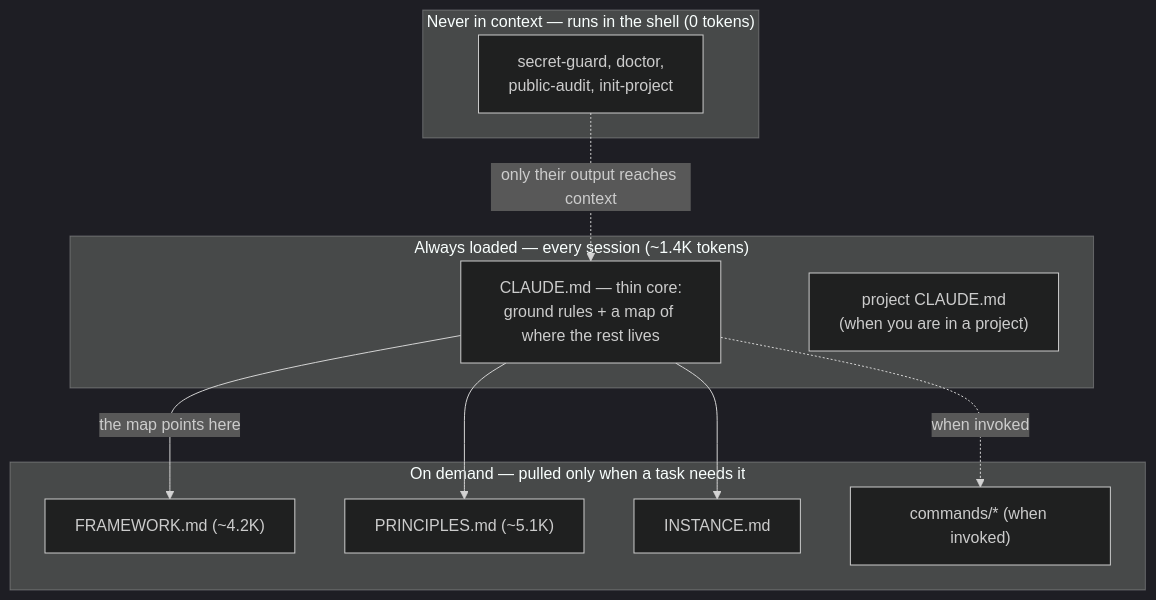
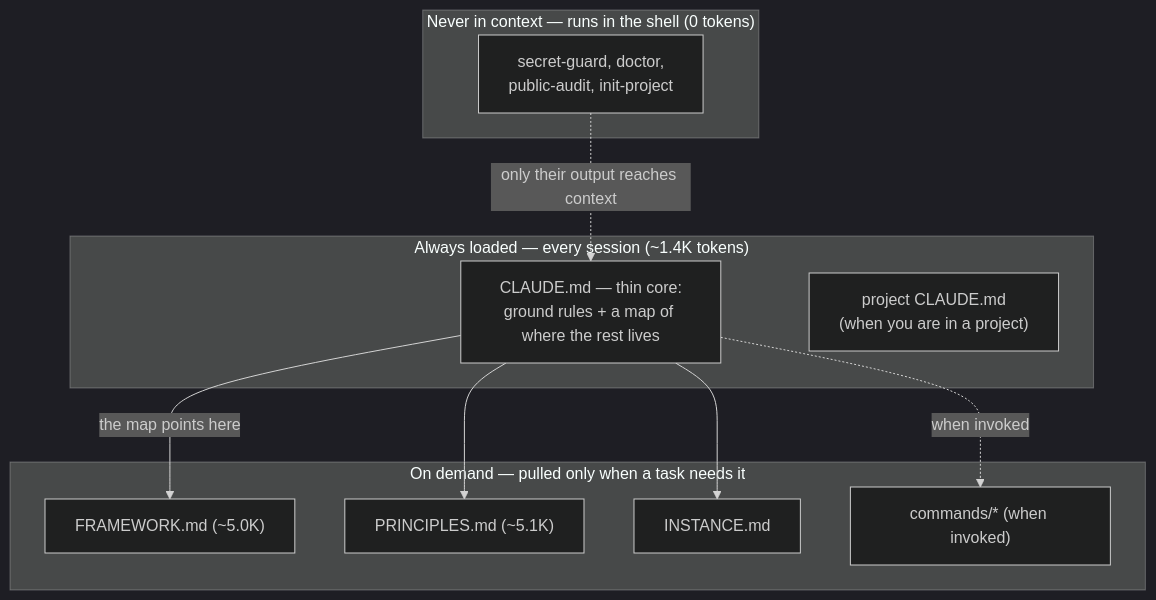
Before and after one commit to rockerlabs/keel: the diagram in README.md, drawn with Mermaid (dark theme). The commit also changed other lines of this file and 2 other files, not shown here.

First line of the commit message:
Fix stale README token figure, document Memory section's tool boundary

````diff
--- a/README.md
+++ b/README.md
@@ -120,21 +120,21 @@
 ```mermaid
 flowchart TD
     subgraph always["Always loaded — every session (~1.4K tokens)"]
         core["CLAUDE.md — thin core:<br/>ground rules + a map of where the rest lives"]
         proj["project CLAUDE.md<br/>(when you are in a project)"]
     end
     subgraph demand["On demand — pulled only when a task needs it"]
-        fw["FRAMEWORK.md (~4.2K)"]
+        fw["FRAMEWORK.md (~5.0K)"]
         prin["PRINCIPLES.md (~5.1K)"]
         inst["INSTANCE.md"]
         cmd["commands/* (when invoked)"]
     end
     subgraph never["Never in context — runs in the shell (0 tokens)"]
         tools["secret-guard, doctor,<br/>public-audit, init-project"]
     end
     core -->|the map points here| fw
     core --> prin
     core --> inst
     core -.->|when invoked| cmd
     tools -.->|only their output reaches context| core
 ```
````
